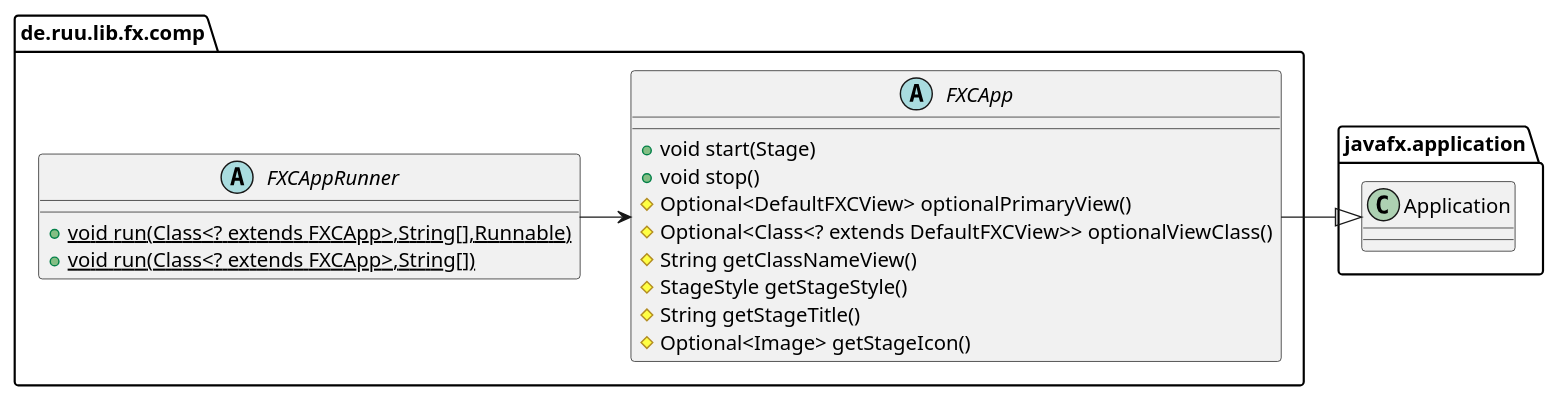
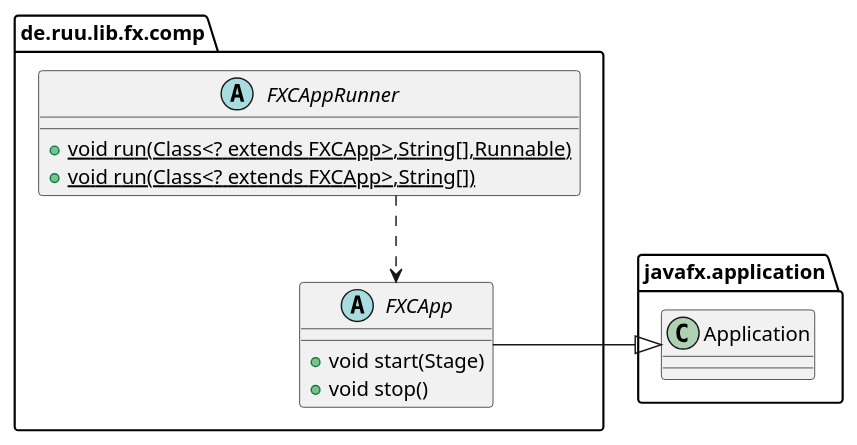
Before and after one commit to r-uu/r-uu.lib: the diagram in lib/fx/comp/doc/fx-comp-runtime-environment.puml, drawn with PlantUML. The commit also changed 4 other files, not shown here.

```diff
--- a/lib/fx/comp/doc/fx-comp-runtime-environment.puml
+++ b/lib/fx/comp/doc/fx-comp-runtime-environment.puml
@@ -1,36 +1,30 @@
 @startuml FX Comp Architecture
 ''''''''''
 ' settings
 ''''''''''
 '  left to right direction
 '  top to bottom direction
   skinparam linetype ortho
   ' avoids nesting of packages
   set separator none
   package de.ruu.lib.fx.comp
   {
 	abstract class FXCApp
 	{
 		+ void start(Stage)
 		+ void stop()
-		# Optional<DefaultFXCView> optionalPrimaryView()
-		# Optional<Class<? extends DefaultFXCView>> optionalViewClass()
-		# String getClassNameView()
-		# StageStyle getStageStyle()
-		# String getStageTitle()
-		# Optional<Image> getStageIcon()
 	}
 
 	abstract class FXCAppRunner
 	{
 		+ {static} void run(Class<? extends FXCApp>,String[],Runnable)
 		+ {static} void run(Class<? extends FXCApp>,String[])
 	}
   }
   package javafx.application
   {
   	class Application
   }
   FXCApp       -|> Application
-  FXCAppRunner ->  FXCApp
+  FXCAppRunner ..> FXCApp
 @enduml
```
